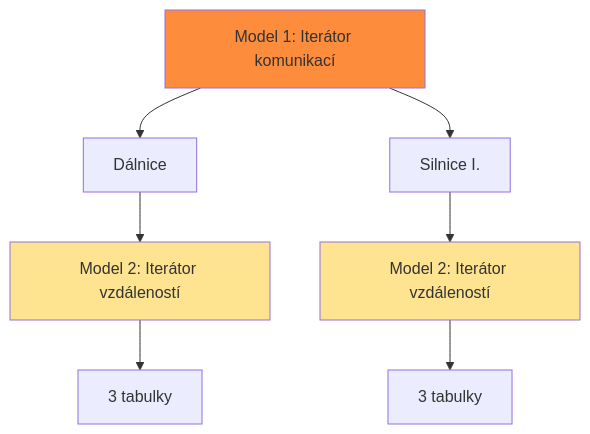
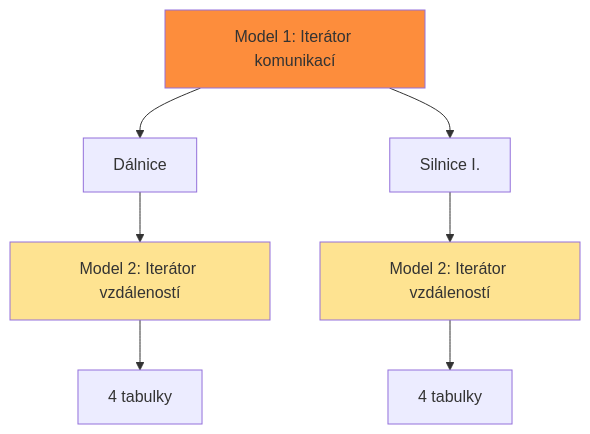
One commit to vojta-bartak/Programovani_pro_GIS_a_DPZ changed the third of 3 diagrams in lessons/lesson_01.qmd. Above: the diagram before and after it, drawn with Mermaid. The commit also changed other lines of this file and 11 other files, not shown here.

````diff
--- a/lessons/lesson_01.qmd
+++ b/lessons/lesson_01.qmd
@@ -930,15 +759,15 @@
 ```{mermaid}
 %%| fig-cap: "Vnořené modely (složité!)"
 
 flowchart TD
     A[Model 1: Iterátor komunikací] --> B[Dálnice]
     A --> C[Silnice I.]
     B --> D[Model 2: Iterátor vzdáleností]
     C --> E[Model 2: Iterátor vzdáleností]
-    D --> F[3 tabulky]
-    E --> G[3 tabulky]
+    D --> F[4 tabulky]
+    E --> G[4 tabulky]
     
     style A fill:#fd8d3c
     style D fill:#fee391
     style E fill:#fee391
 ```
````
